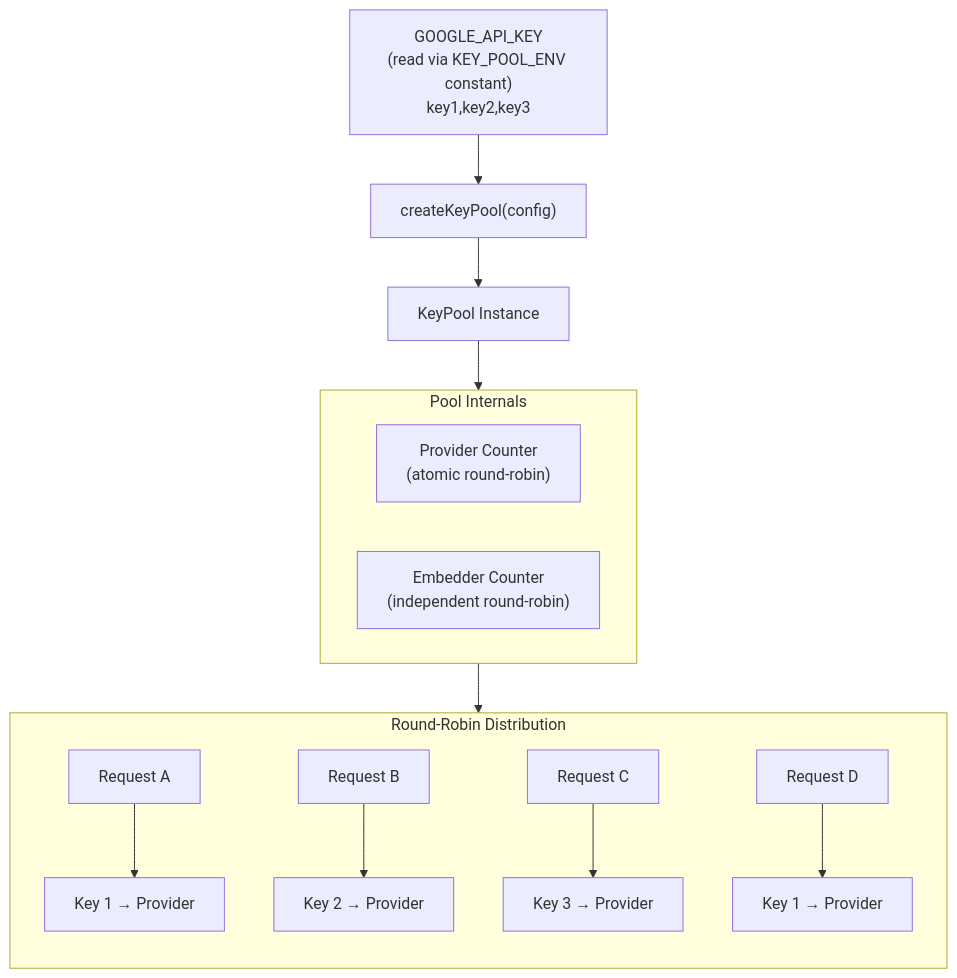
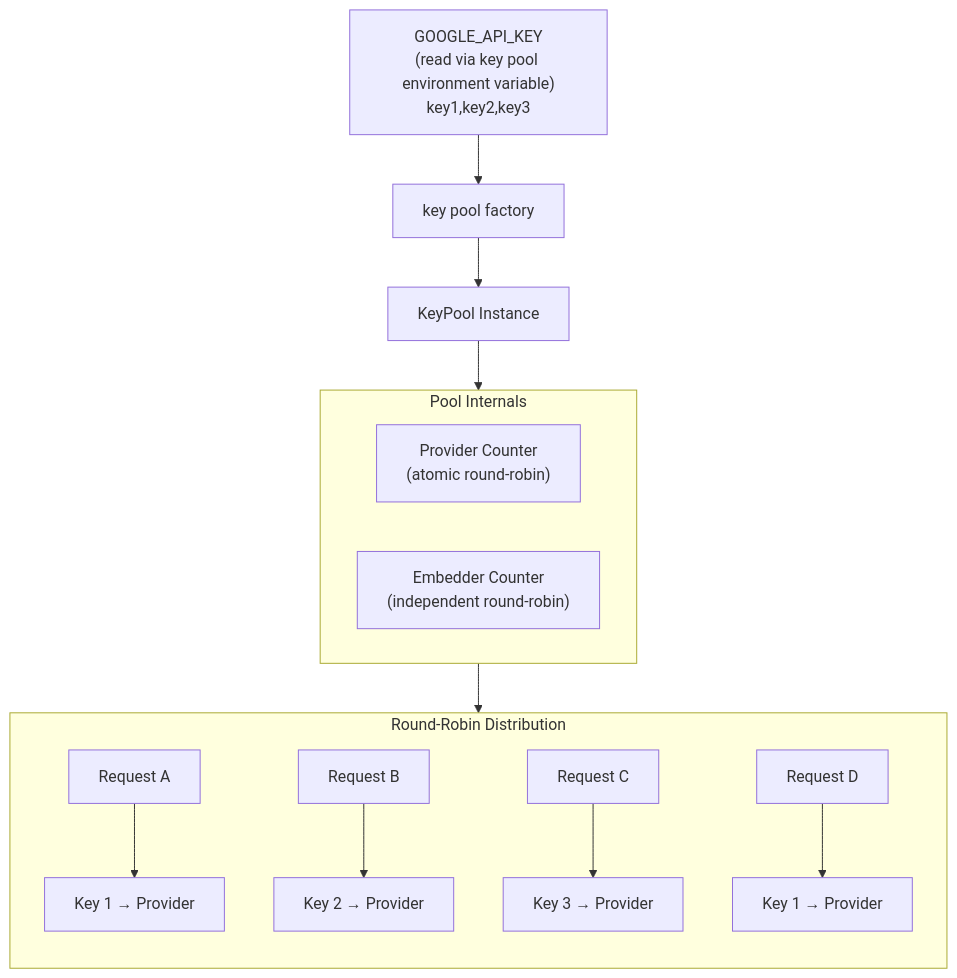
Before and after one commit to 1qh/safeagent: the third of 18 diagrams in plan/15-infrastructure.md, drawn with Mermaid. The commit also changed other lines of this file and 18 other files, not shown here.

````diff
--- a/plan/15-infrastructure.md
+++ b/plan/15-infrastructure.md
@@ -158,22 +158,22 @@
 ```mermaid
 flowchart TB
-    KEY_ENV["GOOGLE_API_KEY\n(read via KEY_POOL_ENV constant)\nkey1,key2,key3"]
-    POOL_FACTORY["createKeyPool(config)"]
+    KEY_ENV["GOOGLE_API_KEY\n(read via key pool environment variable)\nkey1,key2,key3"]
+    POOL_FACTORY["key pool factory"]
     KEY_POOL_INSTANCE["KeyPool Instance"]
     KEY_ENV --> POOL_FACTORY
     POOL_FACTORY --> KEY_POOL_INSTANCE
     subgraph POOL_INTERNALS["Pool Internals"]
         direction LR
         PROVIDER_COUNTER["Provider Counter\n(atomic round-robin)"]
         EMBEDDER_COUNTER["Embedder Counter\n(independent round-robin)"]
     end
     KEY_POOL_INSTANCE --> POOL_INTERNALS
     subgraph ROUND_ROBIN_DISTRIBUTION["Round-Robin Distribution"]
         direction TB
         REQUEST_ALPHA["Request A"] --> KEY_ONE_PROVIDER_ALPHA["Key 1 → Provider"]
         REQUEST_BETA["Request B"] --> KEY_TWO_PROVIDER_BETA["Key 2 → Provider"]
         REQUEST_GAMMA["Request C"] --> KEY_THREE_PROVIDER_GAMMA["Key 3 → Provider"]
         REQUEST_DELTA["Request D"] --> KEY_ONE_PROVIDER_DELTA["Key 1 → Provider"]
     end
     POOL_INTERNALS --> ROUND_ROBIN_DISTRIBUTION
 ```
````
